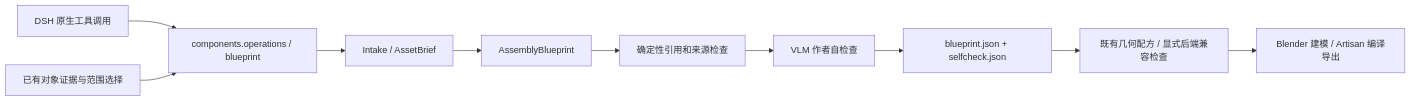
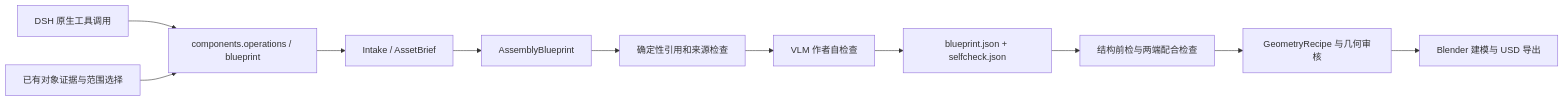
Before and after one commit to FelixtheFelinae/NJU-agentic-3D-roboenv-mesh: the diagram in docs/ASSEMBLY_BLUEPRINT.md, drawn with Mermaid. The commit also changed other lines of this file and 26 other files, not shown here.

````diff
--- a/docs/ASSEMBLY_BLUEPRINT.md
+++ b/docs/ASSEMBLY_BLUEPRINT.md
@@ -10,12 +7,13 @@
 ```mermaid
 flowchart LR
     D[DSH 原生工具调用] --> O[components.operations / blueprint]
     E[已有对象证据与范围选择] --> O
     O --> I[Intake / AssetBrief]
     I --> B[AssemblyBlueprint]
     B --> C[确定性引用和来源检查]
     C --> S[VLM 作者自检查]
     S --> R[blueprint.json + selfcheck.json]
-    R --> G[既有几何配方 / 显式后端兼容检查]
-    G --> A[Blender 建模 / Artisan 编译导出]
+    R --> P[结构前检与两端配合检查]
+    P --> G[GeometryRecipe 与几何审核]
+    G --> A[Blender 建模与 USD 导出]
 ```
````
